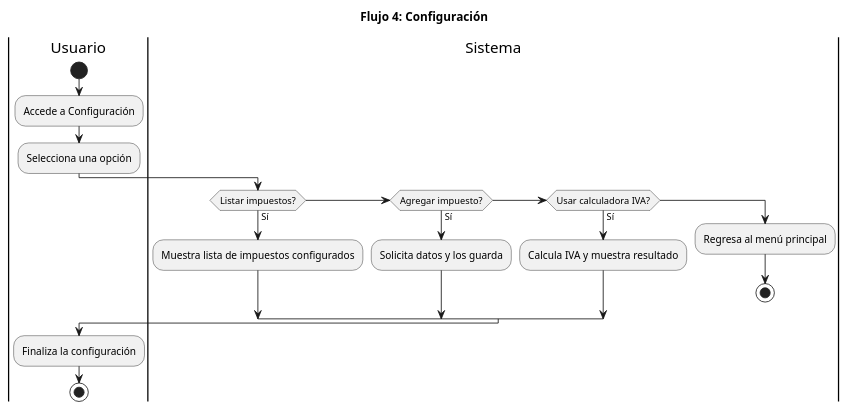
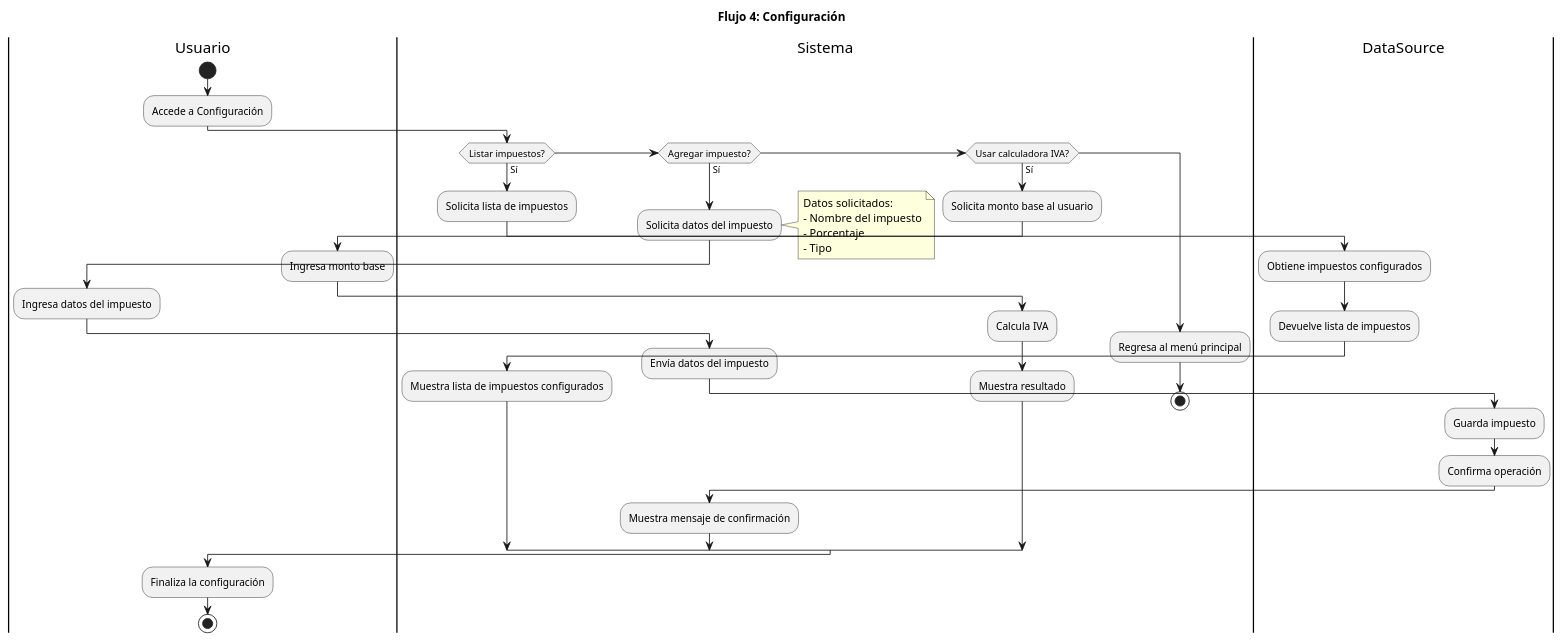
One commit to ramiromarcosmorales/emiti-web changed the diagram in docs/04-diagramas/01-diagramas-de-actividades/actividad-flujo-4-configuracion.puml. Above: the diagram before and after it, drawn with PlantUML. The commit also changed 8 other files, not shown here.

Commit message:
Correcciones diagramas tercera entrega

```diff
--- a/docs/04-diagramas/01-diagramas-de-actividades/actividad-flujo-4-configuracion.puml
+++ b/docs/04-diagramas/01-diagramas-de-actividades/actividad-flujo-4-configuracion.puml
@@ -1,25 +1,64 @@
 @startuml name Configuracion
 title Flujo 4: Configuración
 
 |Usuario|
 start
 :Accede a Configuración;
-:Selecciona una opción;
 
 |Sistema|
 if (Listar impuestos?) then (Sí)
+
+  :Solicita lista de impuestos;
+
+  |DataSource|
+  :Obtiene impuestos configurados;
+  :Devuelve lista de impuestos;
+
+  |Sistema|
   :Muestra lista de impuestos configurados;
+
 elseif (Agregar impuesto?) then (Sí)
-  :Solicita datos y los guarda;
+
+  :Solicita datos del impuesto;
+
+  note right
+  Datos solicitados:
+  - Nombre del impuesto
+  - Porcentaje
+  - Tipo
+  end note
+
+  |Usuario|
+  :Ingresa datos del impuesto;
+
+  |Sistema|
+  :Envía datos del impuesto;
+
+  |DataSource|
+  :Guarda impuesto;
+  :Confirma operación;
+
+  |Sistema|
+  :Muestra mensaje de confirmación;
+
 elseif (Usar calculadora IVA?) then (Sí)
-  :Calcula IVA y muestra resultado;
+
+  :Solicita monto base al usuario;
+
+  |Usuario|
+  :Ingresa monto base;
+
+  |Sistema|
+  :Calcula IVA;
+  :Muestra resultado;
+
 else
   :Regresa al menú principal;
   stop
 endif
 
 |Usuario|
 :Finaliza la configuración;
 
 stop
 @enduml
```
